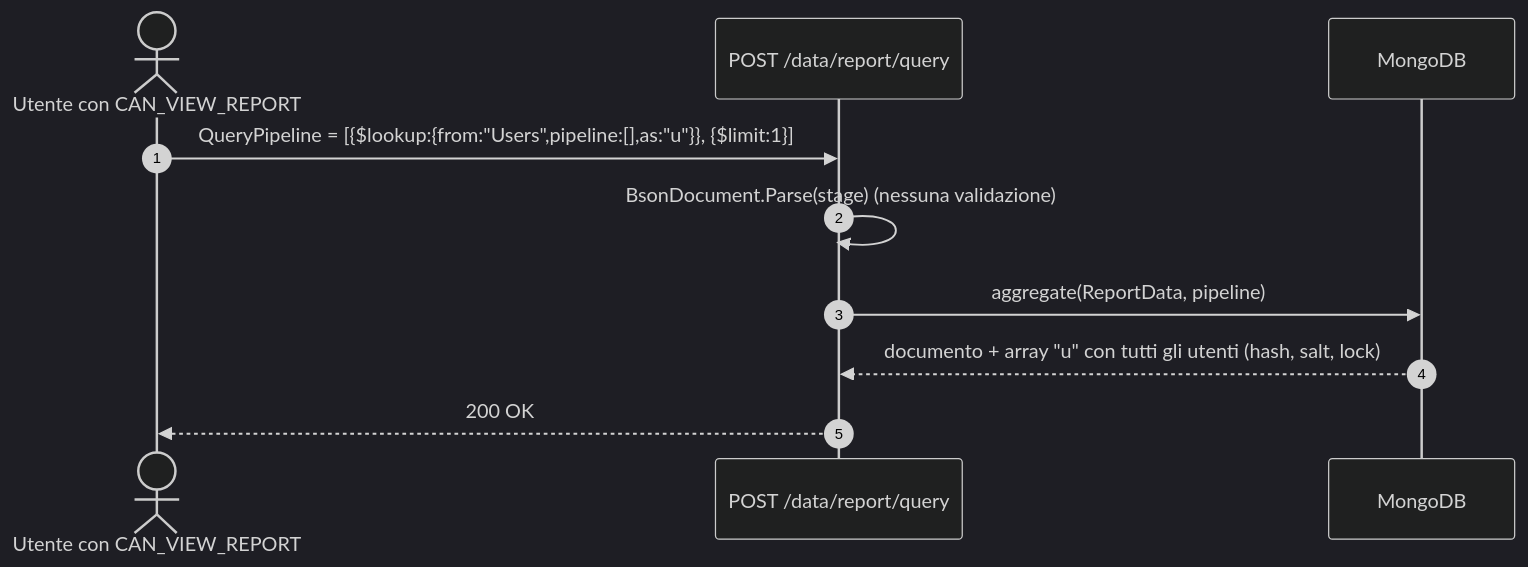
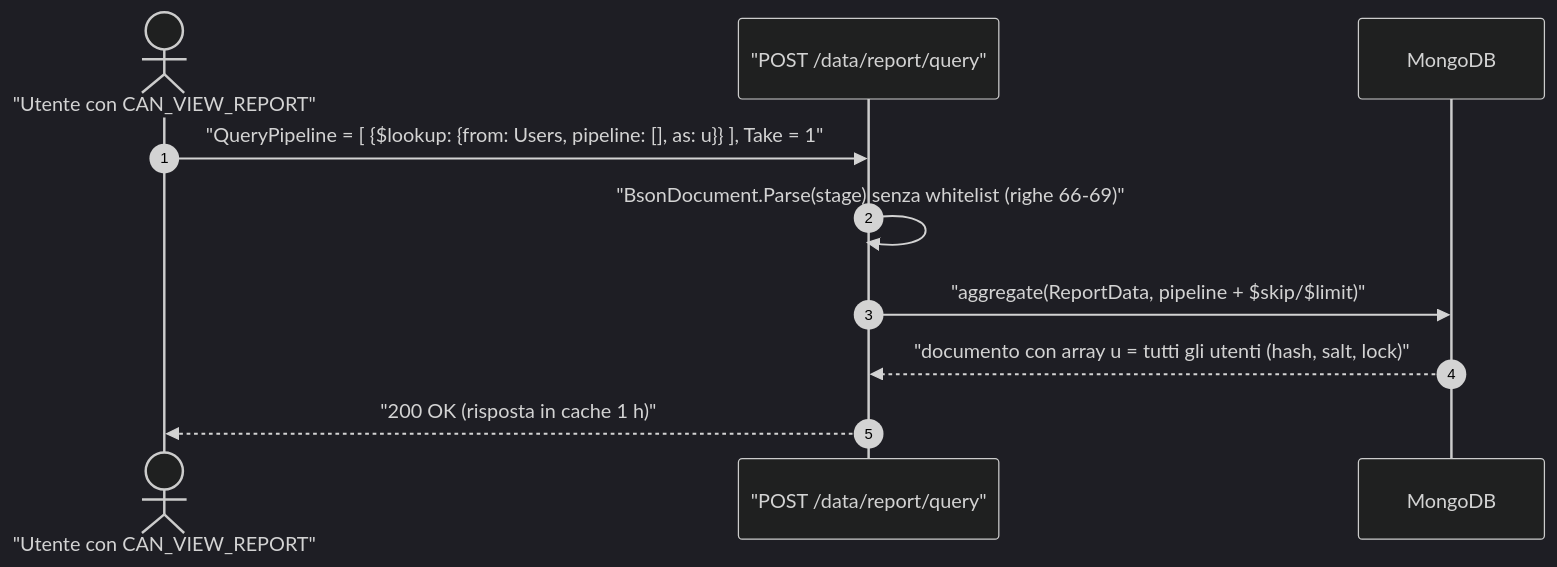
One commit to saristot/LOSS_PREVENTION changed the second of 6 diagrams in customspa-it-loss-prevention-d098a8b97860/Docs/17_backend_deep_assessment.md. Above: the diagram before and after it, drawn with Mermaid (dark theme). The commit also changed other lines of this file and 23 other files, not shown here.

````diff
--- a/customspa-it-loss-prevention-d098a8b97860/Docs/17_backend_deep_assessment.md
+++ b/customspa-it-loss-prevention-d098a8b97860/Docs/17_backend_deep_assessment.md
@@ -111,12 +344,12 @@
 ```mermaid
 sequenceDiagram
   autonumber
-  actor Att as Utente con CAN_VIEW_REPORT
-  participant API as POST /data/report/query
+  actor Att as "Utente con CAN_VIEW_REPORT"
+  participant API as "POST /data/report/query"
   participant DB as MongoDB
-  Att->>API: QueryPipeline = [{$lookup:{from:"Users",pipeline:[],as:"u"}}, {$limit:1}]
-  API->>API: BsonDocument.Parse(stage) (nessuna validazione)
-  API->>DB: aggregate(ReportData, pipeline)
-  DB-->>API: documento + array "u" con tutti gli utenti (hash, salt, lock)
-  API-->>Att: 200 OK
+  Att->>API: "QueryPipeline = [ {$lookup: {from: Users, pipeline: [], as: u}} ], Take = 1"
+  API->>API: "BsonDocument.Parse(stage) senza whitelist (righe 66-69)"
+  API->>DB: "aggregate(ReportData, pipeline + $skip/$limit)"
+  DB-->>API: "documento con array u = tutti gli utenti (hash, salt, lock)"
+  API-->>Att: "200 OK (risposta in cache 1 h)"
 ```
````
